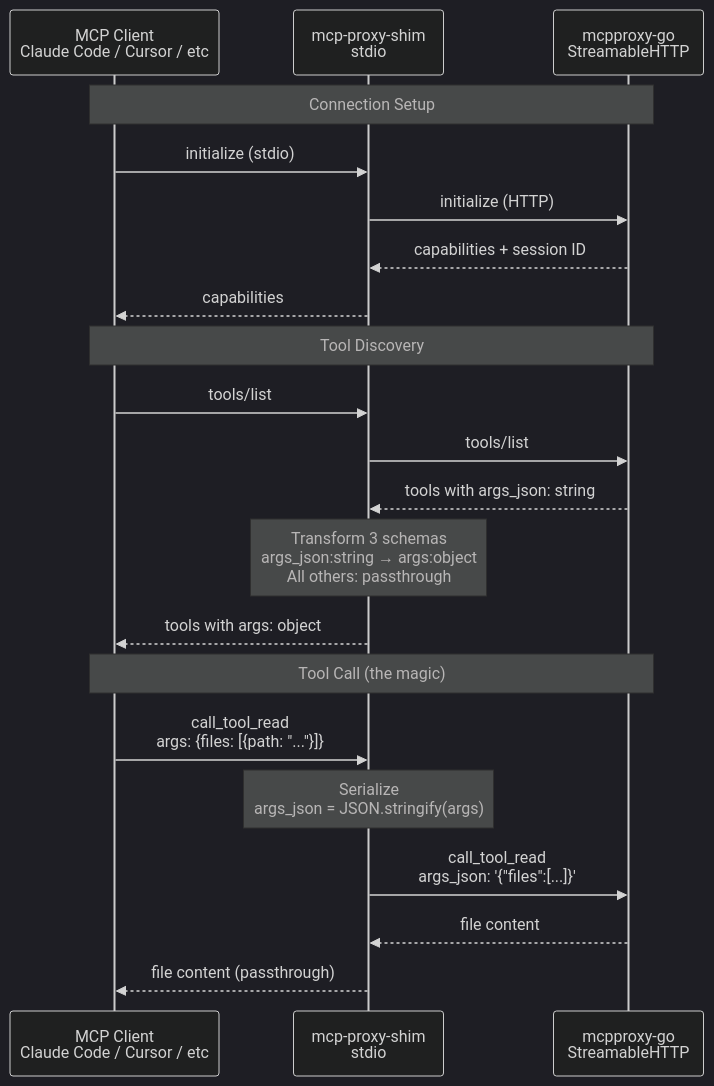
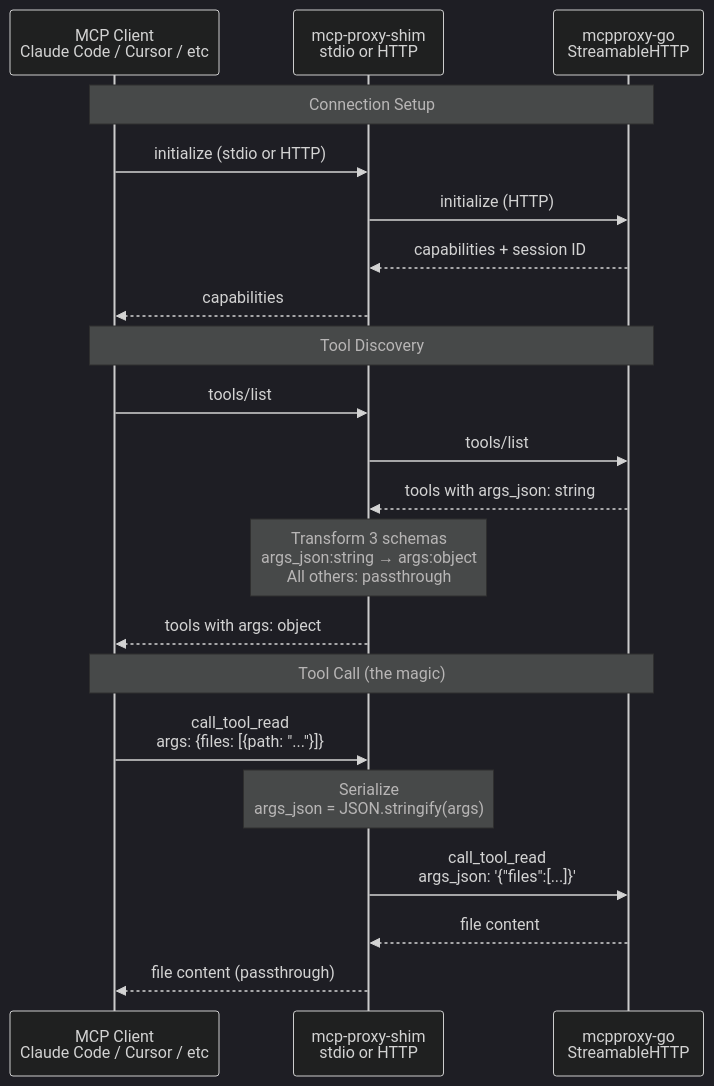
Before and after one commit to luutuankiet/mcp-proxy-shim: the first of 3 diagrams in README.md, drawn with Mermaid (dark theme). The commit also changed other lines of this file and 1 other file, not shown here.

Commit message:
docs: update README for HTTP serve mode + apikey auth; fix CI workflow

````diff
--- a/README.md
+++ b/README.md
@@ -56,26 +56,26 @@
 ```mermaid
 sequenceDiagram
     participant Client as MCP Client<br/>Claude Code / Cursor / etc
-    participant Shim as mcp-proxy-shim<br/>stdio
+    participant Shim as mcp-proxy-shim<br/>stdio or HTTP
     participant Proxy as mcpproxy-go<br/>StreamableHTTP
 
     Note over Client,Proxy: Connection Setup
-    Client->>Shim: initialize (stdio)
+    Client->>Shim: initialize (stdio or HTTP)
     Shim->>Proxy: initialize (HTTP)
     Proxy-->>Shim: capabilities + session ID
     Shim-->>Client: capabilities
 
     Note over Client,Proxy: Tool Discovery
     Client->>Shim: tools/list
     Shim->>Proxy: tools/list
     Proxy-->>Shim: tools with args_json: string
     Note over Shim: Transform 3 schemas<br/>args_json:string → args:object<br/>All others: passthrough
     Shim-->>Client: tools with args: object
 
     Note over Client,Proxy: Tool Call (the magic)
     Client->>Shim: call_tool_read<br/>args: {files: [{path: "..."}]}
     Note over Shim: Serialize<br/>args_json = JSON.stringify(args)
     Shim->>Proxy: call_tool_read<br/>args_json: '{"files":[...]}'
     Proxy-->>Shim: file content
     Shim-->>Client: file content (passthrough)
 ```
````
